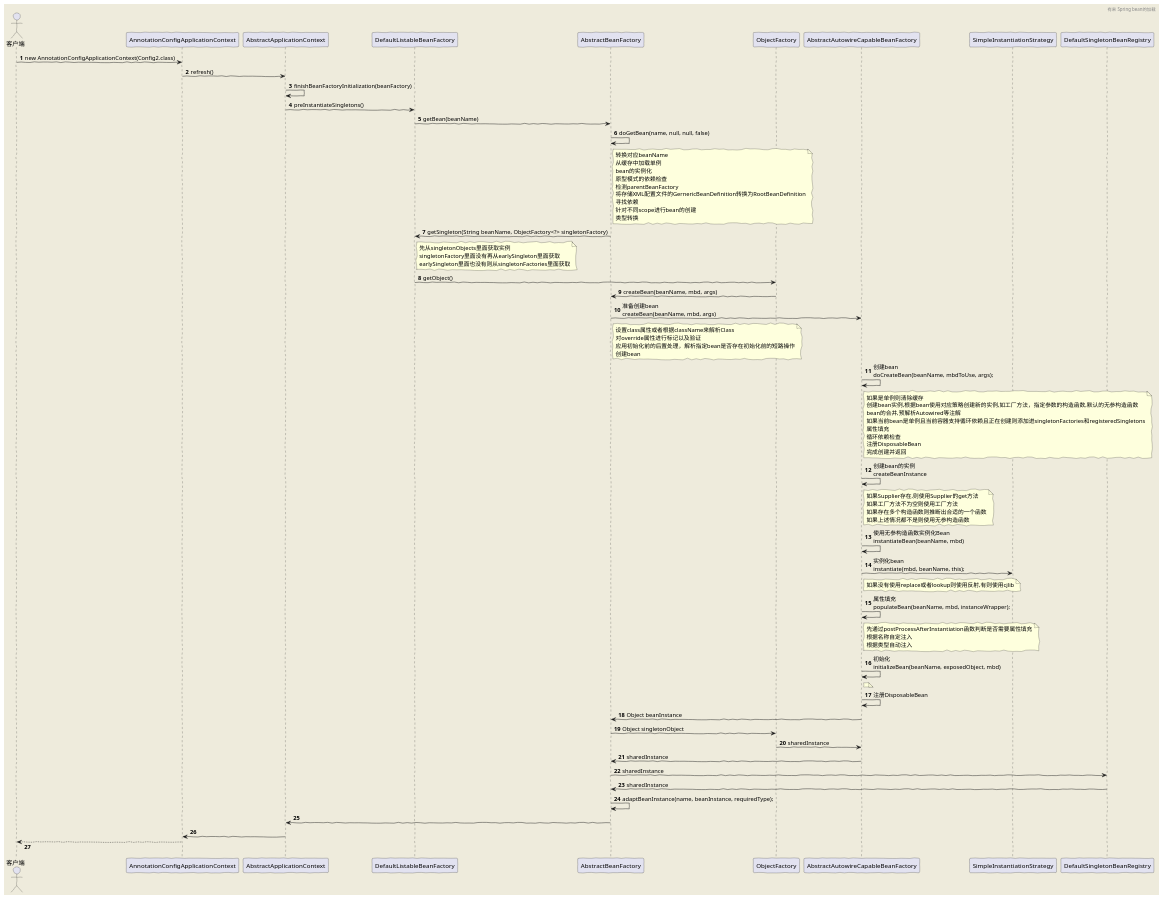
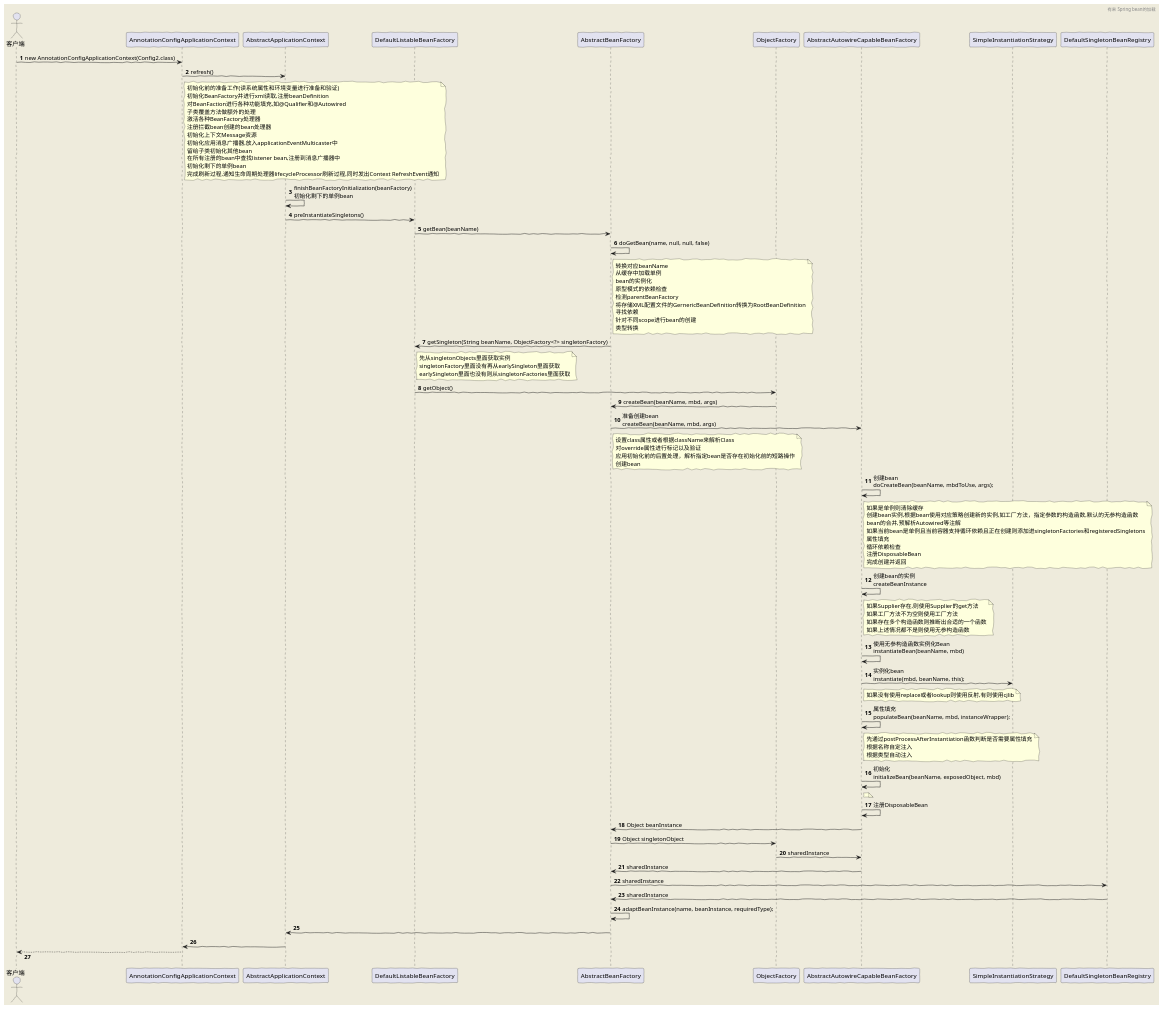
Before and after one commit to youlaitech/youlai-mall: the diagram in youlai-laboratory/src/main/java/com/youlai/laboratory/spring/bean/getBean.puml, drawn with PlantUML. The commit also changed 1 other file, not shown here.

Commit message:
fix(youlai-laboratory-spring): 修改getBean流程图3
修改getBean流程图3

```diff
--- a/youlai-laboratory/src/main/java/com/youlai/laboratory/spring/bean/getBean.puml
+++ b/youlai-laboratory/src/main/java/com/youlai/laboratory/spring/bean/getBean.puml
@@ -2,97 +2,111 @@
 @startuml
 autonumber
 'https://plantuml.com/sequence-diagram
 skinparam backgroundColor #EEEBDC
 skinparam handwritten true
 skinparam responseMessageBelowArrow true
 header 有来 Spring bean的加载
 
 actor 客户端
 
 客户端 -> AnnotationConfigApplicationContext:new AnnotationConfigApplicationContext(Config2.class)
 AnnotationConfigApplicationContext->AbstractApplicationContext:refresh()
-AbstractApplicationContext->AbstractApplicationContext:finishBeanFactoryInitialization(beanFactory)
+note right of AnnotationConfigApplicationContext
+初始化前的准备工作(读系统属性和环境变量进行准备和验证)
+初始化BeanFactory并进行xml读取,注册beanDefinition
+对BeanFaction进行各种功能填充,如@Qualifier和@Autowired
+子类覆盖方法做额外的处理
+激活各种BeanFactory处理器
+注册拦截bean创建的bean处理器
+初始化上下文Message资源
+初始化应用消息广播器,放入applicationEventMulticaster中
+留给子类初始化其他bean
+在所有注册的bean中查找listener bean,注册到消息广播器中
+初始化剩下的单例bean
+完成刷新过程,通知生命周期处理器lifecycleProcessor刷新过程,同时发出Context RefreshEvent通知
+end note
+AbstractApplicationContext->AbstractApplicationContext:finishBeanFactoryInitialization(beanFactory)\n初始化剩下的单例bean
 AbstractApplicationContext->DefaultListableBeanFactory:preInstantiateSingletons()
 DefaultListableBeanFactory->AbstractBeanFactory:getBean(beanName)
 
 AbstractBeanFactory->AbstractBeanFactory:doGetBean(name, null, null, false)
 
 note right of AbstractBeanFactory
 转换对应beanName
 从缓存中加载单例
 bean的实例化
 原型模式的依赖检查
 检测parentBeanFactory
 将存储XML配置文件的GernericBeanDefinition转换为RootBeanDefinition
 寻找依赖
 针对不同scope进行bean的创建
 类型转换
 end note
 AbstractBeanFactory-> DefaultListableBeanFactory:getSingleton(String beanName, ObjectFactory<?> singletonFactory)
 note right of DefaultListableBeanFactory
 先从singletonObjects里面获取实例
 singletonFactory里面没有再从earlySingleton里面获取
 earlySingleton里面也没有则从singletonFactories里面获取
 end note
 DefaultListableBeanFactory->ObjectFactory:getObject()
 ObjectFactory->AbstractBeanFactory:createBean(beanName, mbd, args)
 AbstractBeanFactory->AbstractAutowireCapableBeanFactory:准备创建bean\ncreateBean(beanName, mbd, args)
 note right of AbstractBeanFactory
 设置class属性或者根据className来解析Class
 对override属性进行标记以及验证
 应用初始化前的后置处理，解析指定bean是否存在初始化前的短路操作
 创建bean
 end note
 AbstractAutowireCapableBeanFactory->AbstractAutowireCapableBeanFactory:创建bean\ndoCreateBean(beanName, mbdToUse, args);
 note right of AbstractAutowireCapableBeanFactory
 如果是单例则清除缓存
 创建bean实例,根据bean使用对应策略创建新的实例,如工厂方法，指定参数的构造函数,默认的无参构造函数
 bean的合并,预解析Autowired等注解
 如果当前bean是单例且当前容器支持循环依赖且正在创建则添加进singletonFactories和registeredSingletons
 属性填充
 循环依赖检查
 注册DisposableBean
 完成创建并返回
 end note
 AbstractAutowireCapableBeanFactory->AbstractAutowireCapableBeanFactory:创建bean的实例\ncreateBeanInstance
 note right of AbstractAutowireCapableBeanFactory
 如果Supplier存在,则使用Supplier的get方法
 如果工厂方法不为空则使用工厂方法
 如果存在多个构造函数则推断出合适的一个函数
 如果上述情况都不是则使用无参构造函数
 end note
 AbstractAutowireCapableBeanFactory->AbstractAutowireCapableBeanFactory:使用无参构造函数实例化Bean\ninstantiateBean(beanName, mbd)
 AbstractAutowireCapableBeanFactory->SimpleInstantiationStrategy:实例化bean\ninstantiate(mbd, beanName, this);
 note right of AbstractAutowireCapableBeanFactory
 如果没有使用replace或者lookup则使用反射,有则使用cjlib
 end note
 
 AbstractAutowireCapableBeanFactory->AbstractAutowireCapableBeanFactory:属性填充\npopulateBean(beanName, mbd, instanceWrapper);
 note right of AbstractAutowireCapableBeanFactory
 先通过postProcessAfterInstantiation函数判断是否需要属性填充
 根据名称自定注入
 根据类型自动注入
 end note
 AbstractAutowireCapableBeanFactory->AbstractAutowireCapableBeanFactory:初始化\ninitializeBean(beanName, exposedObject, mbd)
 note right of AbstractAutowireCapableBeanFactory
 
 end note
 AbstractAutowireCapableBeanFactory->AbstractAutowireCapableBeanFactory:注册DisposableBean
 
 
 
 AbstractAutowireCapableBeanFactory->AbstractBeanFactory:Object beanInstance
 
 AbstractBeanFactory->ObjectFactory:Object singletonObject
 
 ObjectFactory->AbstractAutowireCapableBeanFactory:sharedInstance
 
 AbstractAutowireCapableBeanFactory->AbstractBeanFactory:sharedInstance
 AbstractBeanFactory->DefaultSingletonBeanRegistry:sharedInstance
 DefaultSingletonBeanRegistry->AbstractBeanFactory:sharedInstance
 AbstractBeanFactory->AbstractBeanFactory:adaptBeanInstance(name, beanInstance, requiredType);
 AbstractBeanFactory->AbstractApplicationContext
 AbstractApplicationContext->AnnotationConfigApplicationContext
 
 客户端 <--AnnotationConfigApplicationContext
 @enduml
```
